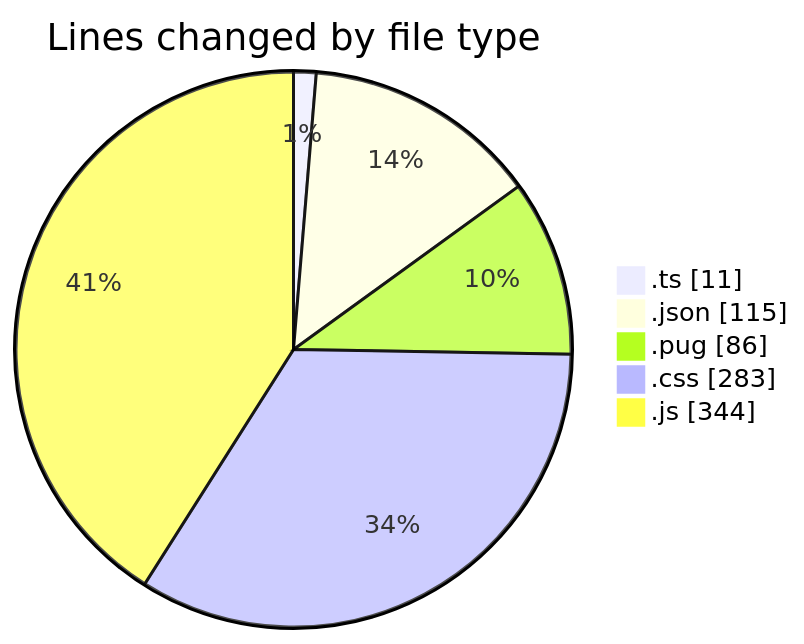
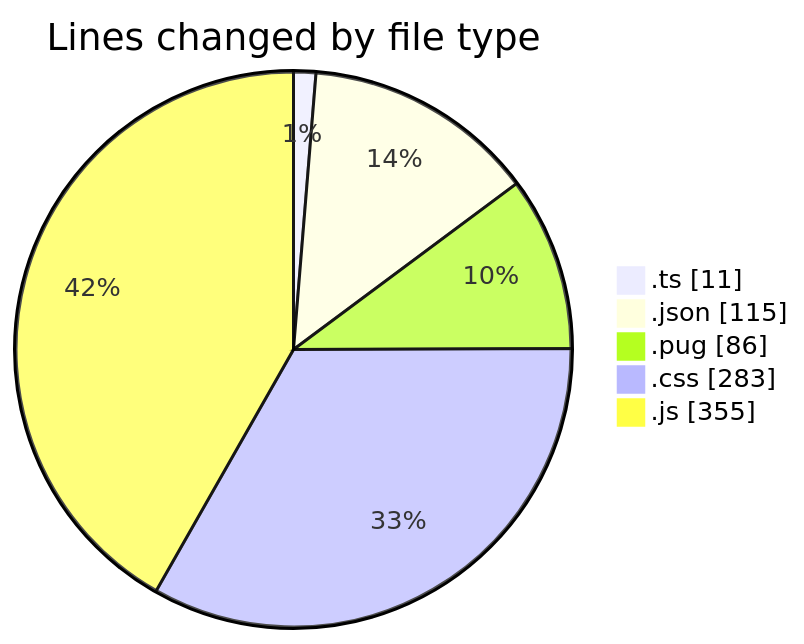
The first of 2 diagrams in 2025-02-24/cda/README.md (momahboobian/code-tracking), drawn with Mermaid before and after one commit. The commit also changed other lines of this file and 1 other file, not shown here.

````diff
--- a/2025-02-24/cda/README.md
+++ b/2025-02-24/cda/README.md
@@ -31,9 +31,9 @@
 ```mermaid
 pie showData
 title Lines changed by file type
 ".ts" : 11
 ".json" : 115
 ".pug" : 86
 ".css" : 283
-".js" : 344
+".js" : 355
 ```
````
